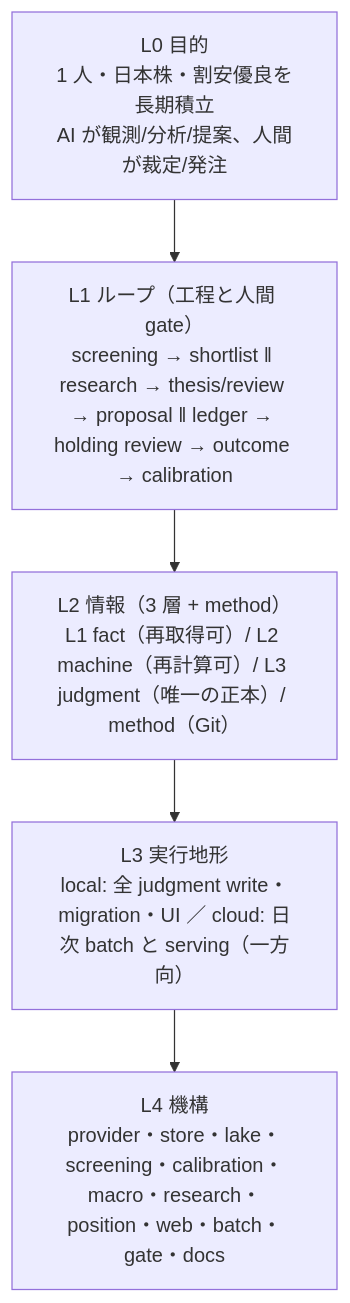
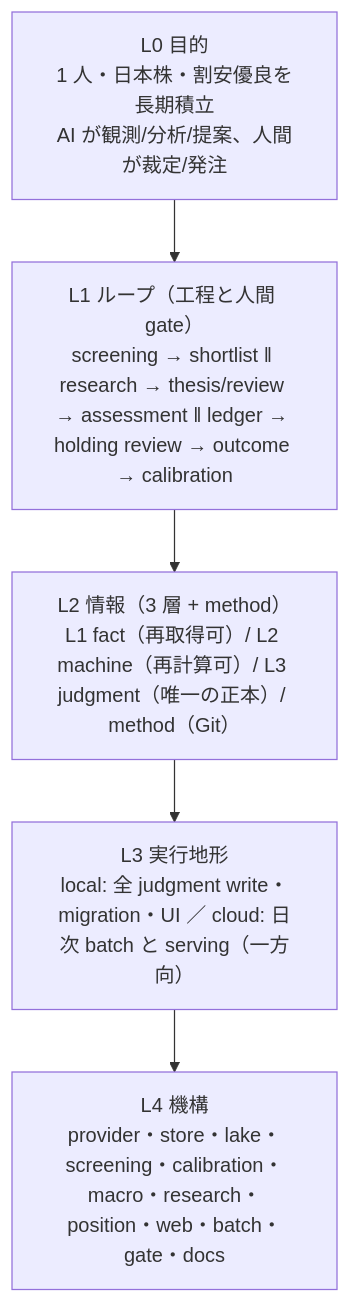
One commit to koumatsumoto/baibai-loop changed the diagram in docs/architecture.md. Above: the diagram before and after it, drawn with Mermaid. The commit also changed other lines of this file and 24 other files, not shown here.

````diff
--- a/docs/architecture.md
+++ b/docs/architecture.md
@@ -41,9 +41,9 @@
 ```mermaid
 flowchart TB
   L0["L0 目的<br/>1 人・日本株・割安優良を長期積立<br/>AI が観測/分析/提案、人間が裁定/発注"]
-  L1["L1 ループ（工程と人間 gate）<br/>screening → shortlist ‖ research → thesis/review → proposal ‖ ledger → holding review → outcome → calibration"]
+  L1["L1 ループ（工程と人間 gate）<br/>screening → shortlist ‖ research → thesis/review → assessment ‖ ledger → holding review → outcome → calibration"]
   L2["L2 情報（3 層 + method）<br/>L1 fact（再取得可）/ L2 machine（再計算可）/ L3 judgment（唯一の正本）/ method（Git）"]
   L3["L3 実行地形<br/>local: 全 judgment write・migration・UI ／ cloud: 日次 batch と serving（一方向）"]
   L4["L4 機構<br/>provider・store・lake・screening・calibration・macro・research・position・web・batch・gate・docs"]
   L0 --> L1 --> L2 --> L3 --> L4
 ```
````
